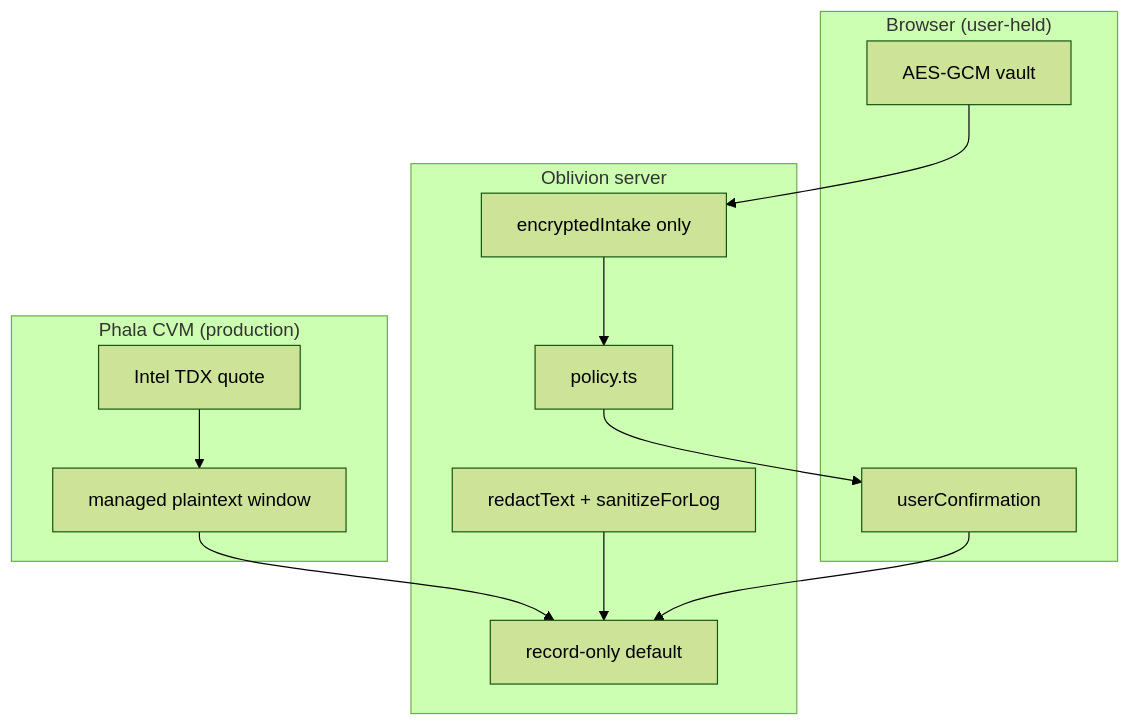
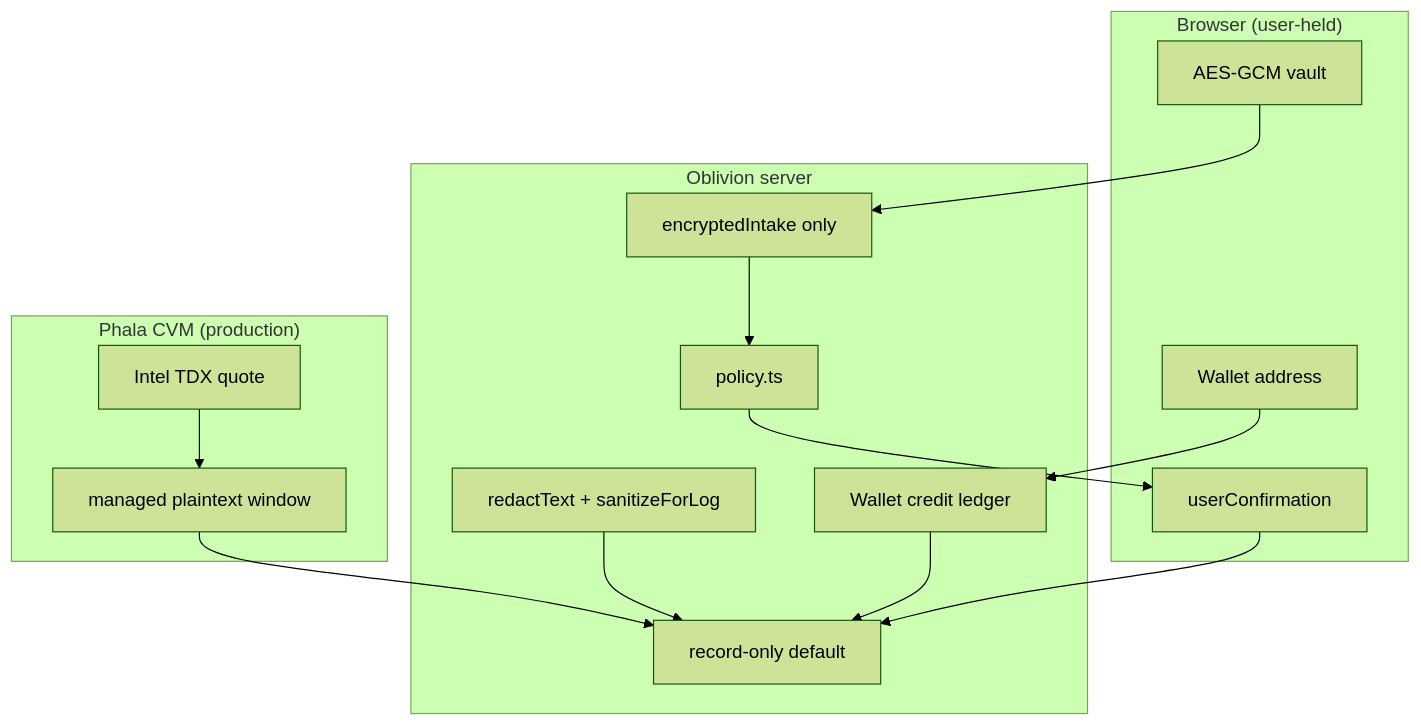
The diagram in docs/src/docs/content/developers/security.md (thomasjvu/oblivion), drawn with Mermaid (forest theme) before and after one commit. The commit also changed other lines of this file and 20 other files, not shown here.

First line of the commit message:
Sync docs with wallet credit model and enlarge sidebar tree

````diff
--- a/docs/src/docs/content/developers/security.md
+++ b/docs/src/docs/content/developers/security.md
@@ -5,27 +5,31 @@
 ```mermaid
 flowchart TB
   subgraph Browser["Browser (user-held)"]
     Vault[AES-GCM vault]
     Confirm[userConfirmation]
+    Wallet[Wallet address]
   end
 
   subgraph Server["Oblivion server"]
     Cipher[encryptedIntake only]
     Policy[policy.ts]
     Redact[redactText + sanitizeForLog]
+    Credits[Wallet credit ledger]
     Record[record-only default]
   end
 
   subgraph TEE["Phala CVM (production)"]
     Quote[Intel TDX quote]
     Plain[managed plaintext window]
   end
 
   Vault --> Cipher
   Cipher --> Policy
+  Wallet --> Credits
   Policy --> Confirm
   Confirm --> Record
+  Credits --> Record
   Quote --> Plain
   Plain --> Record
   Redact --> Record
 ```
````
